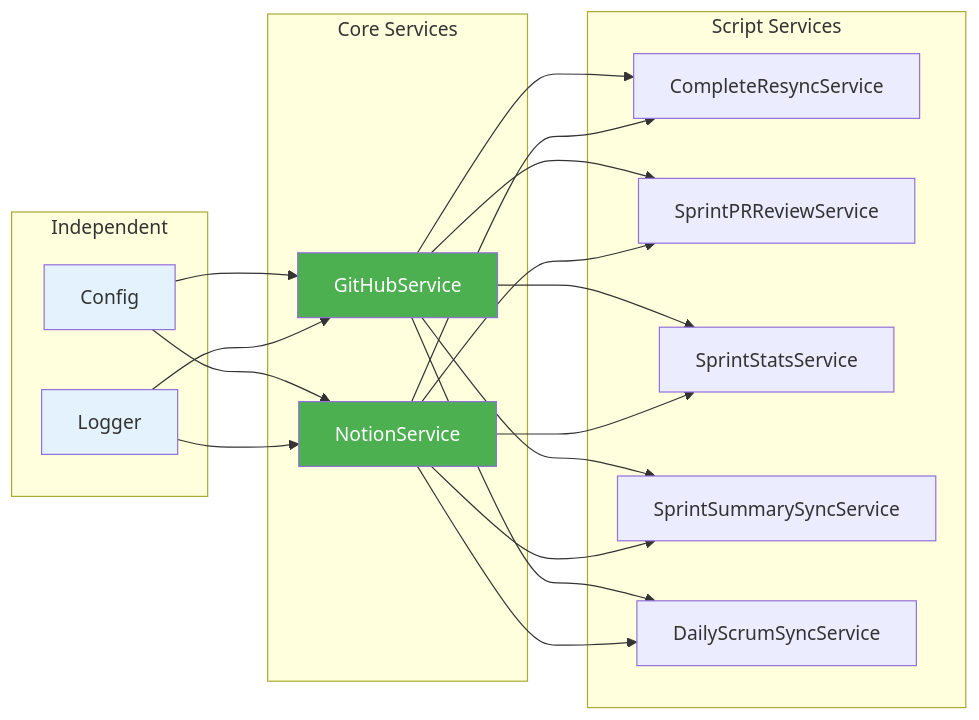
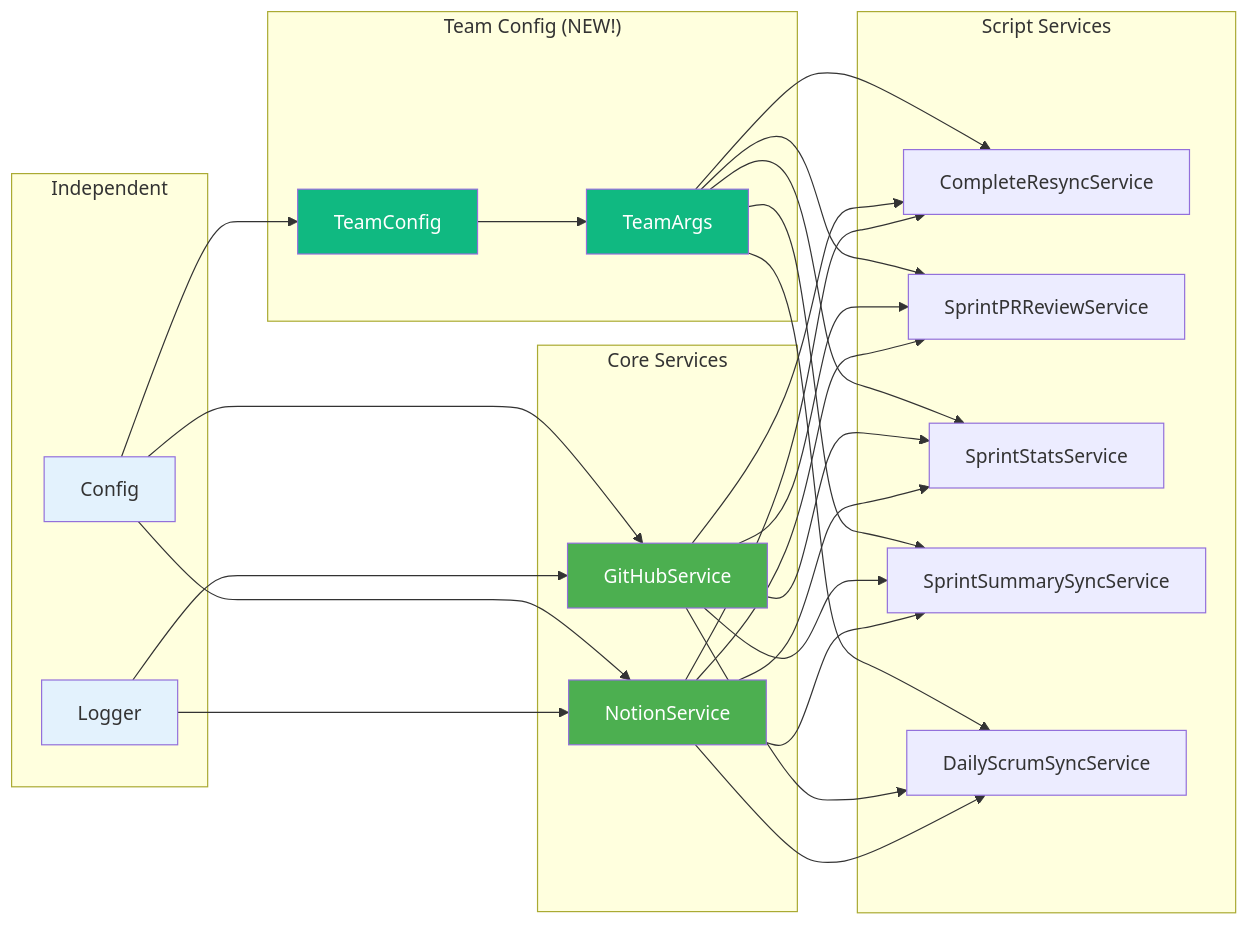
Before and after one commit to sylvanus4/github-to-notion-sync: the tenth of 15 diagrams in docs/daily-sprint-sync/INFORMATION-ARCHITECTURE.md, drawn with Mermaid. The commit also changed other lines of this file and 23 other files, not shown here.

````diff
--- a/docs/daily-sprint-sync/INFORMATION-ARCHITECTURE.md
+++ b/docs/daily-sprint-sync/INFORMATION-ARCHITECTURE.md
@@ -286,41 +417,57 @@
 ```mermaid
 graph LR
     subgraph "Independent"
         CFG[Config]
         LG[Logger]
+    end
+
+    subgraph "Team Config (NEW!)"
+        TC[TeamConfig]
+        TA[TeamArgs]
     end
 
     subgraph "Core Services"
         GHS[GitHubService]
         NS[NotionService]
     end
 
     subgraph "Script Services"
         CRS[CompleteResyncService]
         PRS[SprintPRReviewService]
         SSS[SprintStatsService]
         SUMS[SprintSummarySyncService]
         DSS[DailyScrumSyncService]
     end
 
     CFG --> GHS
     CFG --> NS
     LG --> GHS
     LG --> NS
 
+    CFG --> TC
+    TC --> TA
+
+    TA --> CRS
+    TA --> PRS
+    TA --> SSS
+    TA --> SUMS
+    TA --> DSS
+
     GHS --> CRS
     NS --> CRS
     GHS --> PRS
     NS --> PRS
     GHS --> SSS
     NS --> SSS
     GHS --> SUMS
     NS --> SUMS
     GHS --> DSS
     NS --> DSS
 
     style CFG fill:#E3F2FD
     style LG fill:#E3F2FD
     style GHS fill:#4CAF50,color:#fff
     style NS fill:#4CAF50,color:#fff
+    style TC fill:#10b981,color:#fff
+    style TA fill:#10b981,color:#fff
 ```
````
